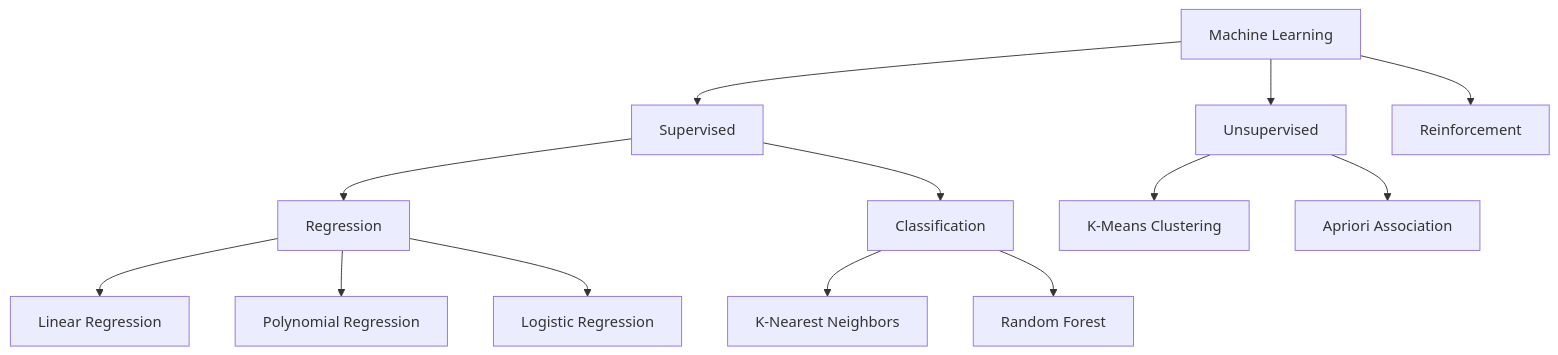
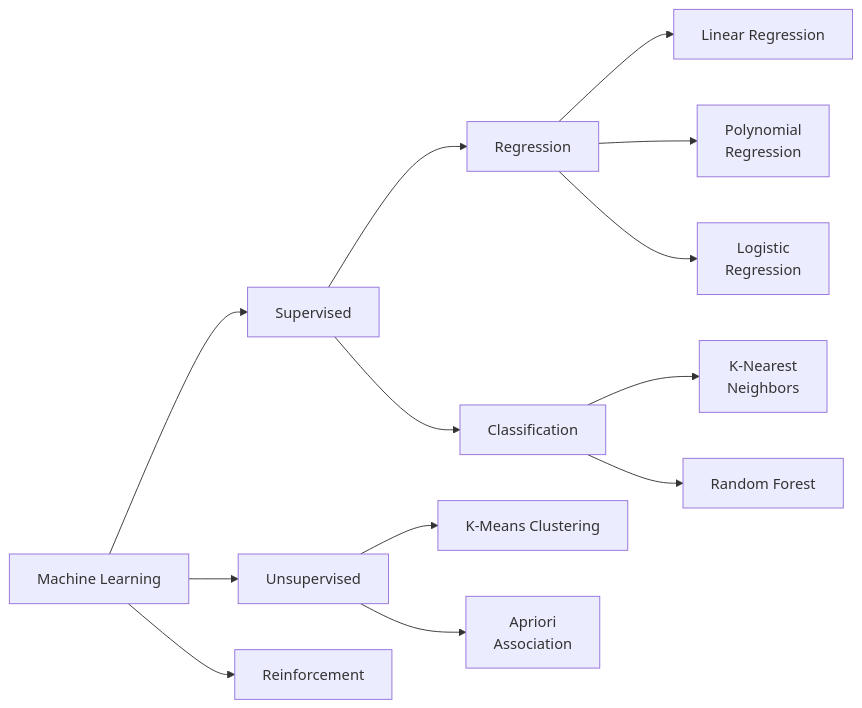
One commit to amitdevx/TY changed the second of 3 diagrams in 01-Semester-V/CS-307-MJ-T-Data-Science-Analytics/Unit-5.md. Above: the diagram before and after it, drawn with Mermaid. The commit also changed 65 other files, not shown here.

Commit message:
fix:graph vertical

````diff
--- a/01-Semester-V/CS-307-MJ-T-Data-Science-Analytics/Unit-5.md
+++ b/01-Semester-V/CS-307-MJ-T-Data-Science-Analytics/Unit-5.md
@@ -109,19 +109,19 @@
 ```mermaid
-graph TD
+graph LR
     ML[Machine Learning] --> SL[Supervised]
     ML --> UL[Unsupervised]
     ML --> RL[Reinforcement]
     
     SL --> Reg[Regression]
     SL --> Cls[Classification]
     
     Reg --> LR[Linear Regression]
-    Reg --> PR[Polynomial Regression]
-    Reg --> LogR[Logistic Regression]
+    Reg --> PR[Polynomial<br/>Regression]
+    Reg --> LogR[Logistic<br/>Regression]
     
-    Cls --> KNN[K-Nearest Neighbors]
+    Cls --> KNN[K-Nearest<br/>Neighbors]
     Cls --> RF[Random Forest]
     
     UL --> KM[K-Means Clustering]
-    UL --> Apri[Apriori Association]
+    UL --> Apri[Apriori<br/>Association]
 ```
````
